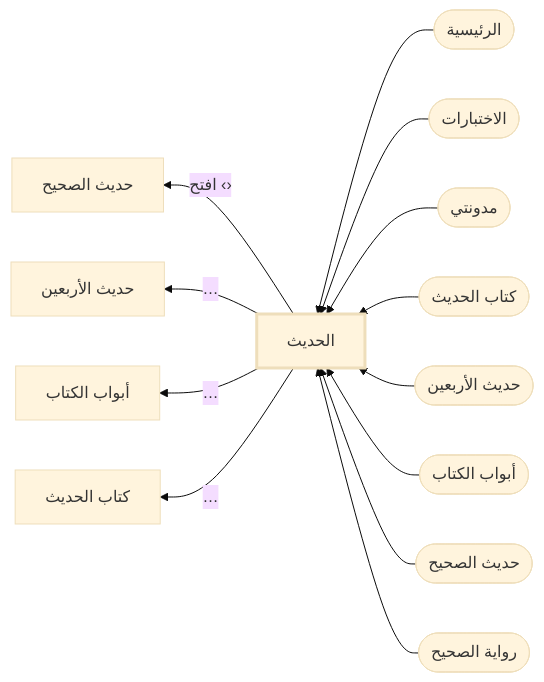
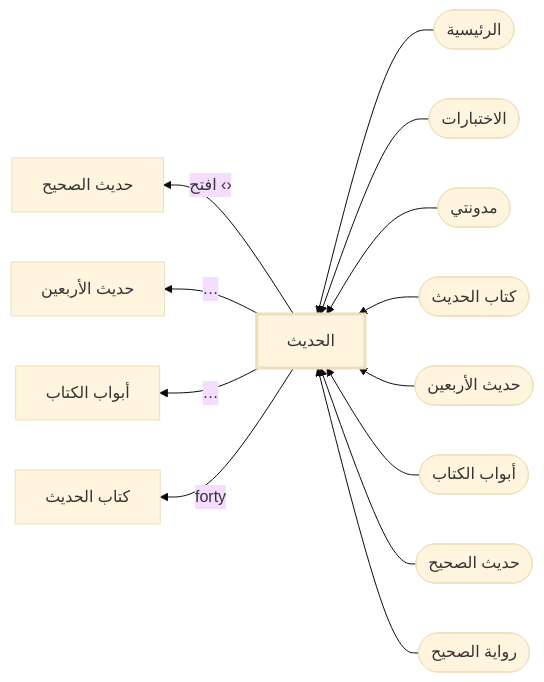
The diagram in docs/feature-map/hadith.md (msskzx/namaq), drawn with Mermaid (base theme) before and after one commit. The commit also changed other lines of this file and 24 other files, not shown here.

````diff
--- a/docs/feature-map/hadith.md
+++ b/docs/feature-map/hadith.md
@@ -5,17 +5,17 @@
 ```mermaid
 flowchart RL
   me["الحديث"]
   style me stroke-width:3px
   in0(["الرئيسية"]) --> me
   in1(["الاختبارات"]) --> me
   in2(["مدونتي"]) --> me
   in3(["كتاب الحديث"]) --> me
   in4(["حديث الأربعين"]) --> me
   in5(["أبواب الكتاب"]) --> me
   in6(["حديث الصحيح"]) --> me
   in7(["رواية الصحيح"]) --> me
   me -- "افتح ‹›" --> out0["حديث الصحيح"]
   me -- "…" --> out1["حديث الأربعين"]
   me -- "…" --> out2["أبواب الكتاب"]
-  me -- "…" --> out3["كتاب الحديث"]
+  me -- "forty" --> out3["كتاب الحديث"]
 ```
````
